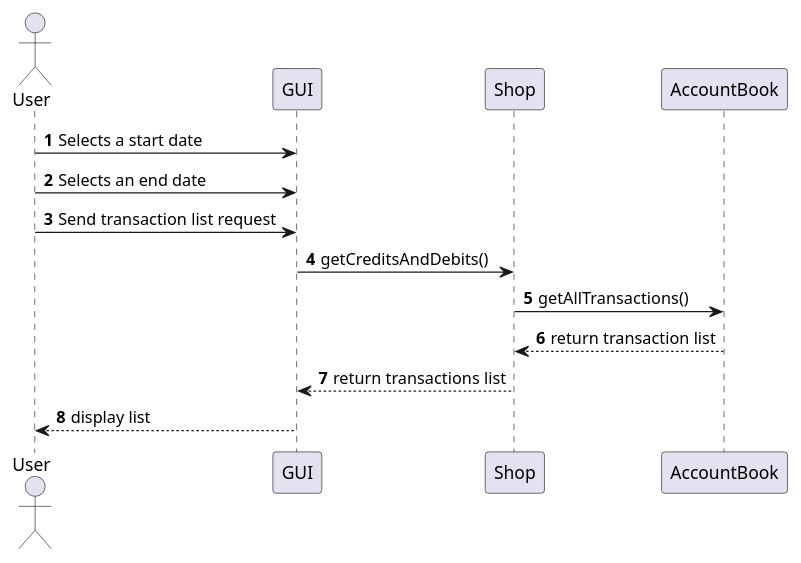
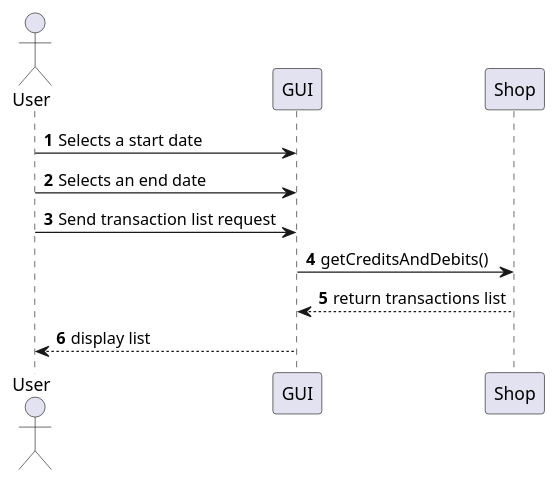
One commit to Stormz4/group20-EzShop changed diagram 21 of 23 in Deliverables/DesignDocument.md. Above: the diagram before and after it, drawn with PlantUML. The commit also changed other lines of this file, not shown here.

````diff
--- a/Deliverables/DesignDocument.md
+++ b/Deliverables/DesignDocument.md
@@ -681,14 +750,12 @@
 ```plantuml
 @startuml
 Actor User
 autonumber
 User -> GUI: Selects a start date
 User -> GUI: Selects an end date
 User -> GUI: Send transaction list request
 GUI -> Shop: getCreditsAndDebits()
-Shop -> AccountBook: getAllTransactions()
-AccountBook --> Shop: return transaction list
 Shop --> GUI: return transactions list
 GUI --> User: display list
 @enduml
 ```
````
